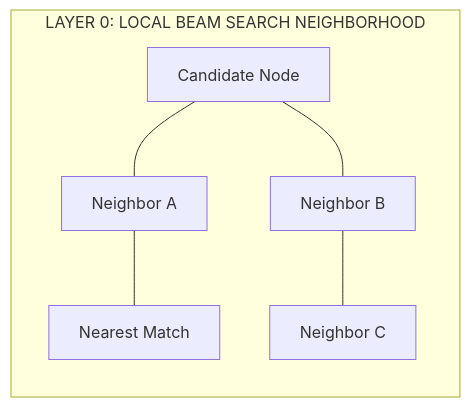
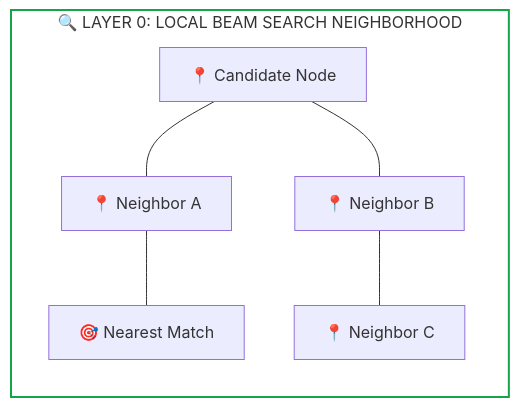
One commit to dip4k/senior-engineer-to-ai-engineer-roadmap changed the third of 3 diagrams in 02-rag-and-knowledge-systems/03-hybrid-search-bm25-and-hnsw.md. Above: the diagram before and after it, drawn with Mermaid. The commit also changed other lines of this file and 39 other files, not shown here.

First line of the commit message:
feat(curriculum): upgrade mermaid diagrams with unicode icons & codify anti-bloat layout rules

````diff
--- a/02-rag-and-knowledge-systems/03-hybrid-search-bm25-and-hnsw.md
+++ b/02-rag-and-knowledge-systems/03-hybrid-search-bm25-and-hnsw.md
@@ -160,9 +155,11 @@
 ```mermaid
 flowchart LR
-    subgraph BaseGraph["LAYER 0: LOCAL BEAM SEARCH NEIGHBORHOOD"]
-        Entry["Candidate Node"] --- N1["Neighbor A"]
-        Entry --- N2["Neighbor B"]
-        N1 --- Target["Nearest Match"]
-        N2 --- N3["Neighbor C"]
+    subgraph BaseGraph["🔍 LAYER 0: LOCAL BEAM SEARCH NEIGHBORHOOD"]
+        Entry["📍 Candidate Node"] --- N1["📍 Neighbor A"]
+        Entry --- N2["📍 Neighbor B"]
+        N1 --- Target["🎯 Nearest Match"]
+        N2 --- N3["📍 Neighbor C"]
     end
+
+    style BaseGraph fill:none,stroke:#16a34a,stroke-width:2px
 ```
````
